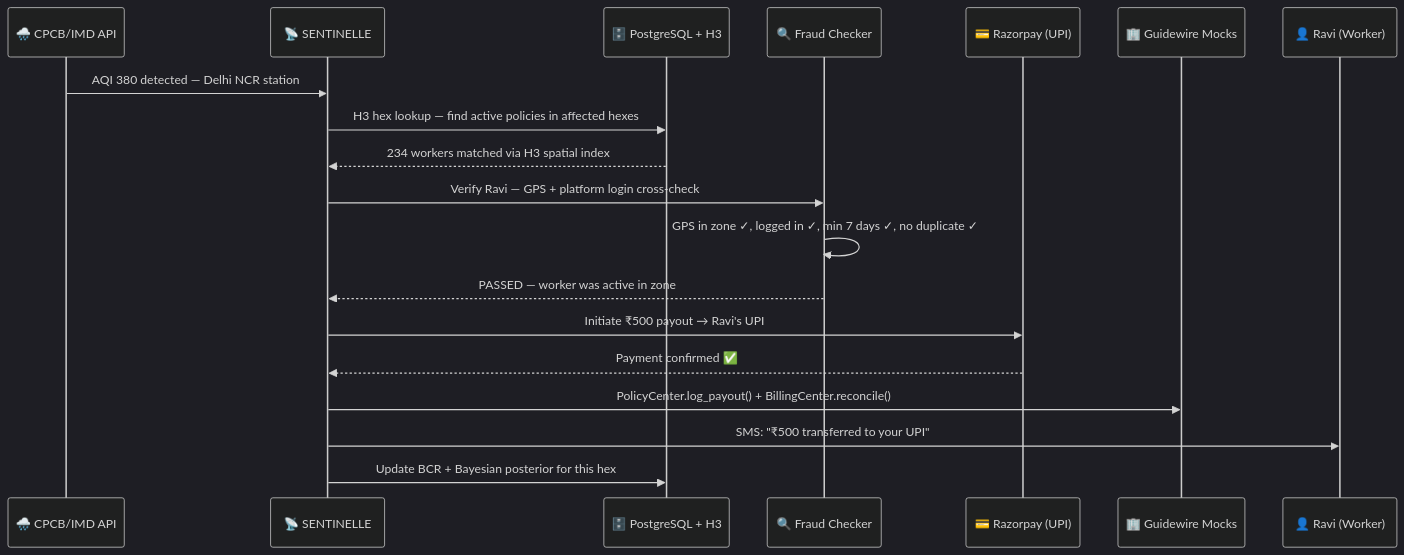
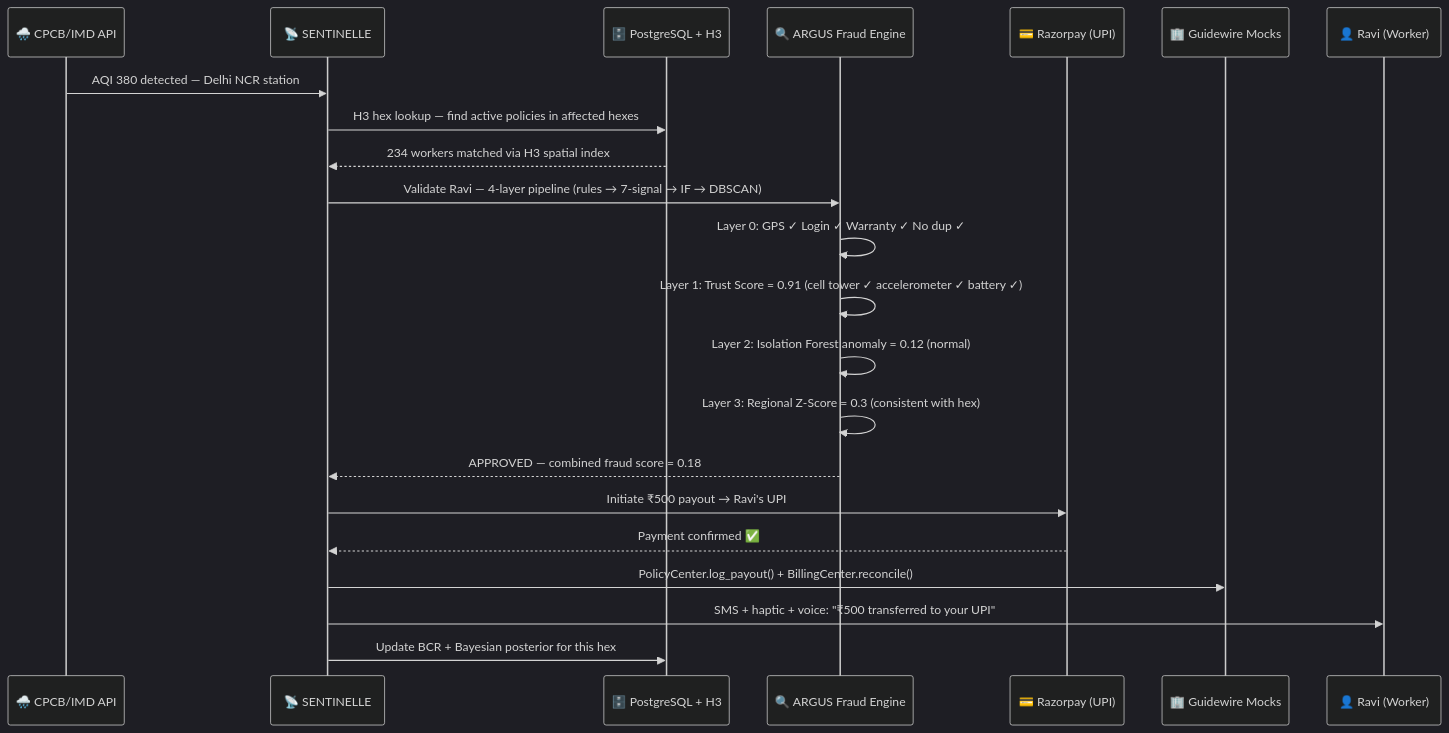
The fifth of 10 diagrams in README.md (lobezno16/gig-income-shield), drawn with Mermaid (dark theme) before and after one commit. The commit also changed other lines of this file, not shown here.

````diff
--- a/README.md
+++ b/README.md
@@ -545,22 +560,25 @@
 ```mermaid
 sequenceDiagram
     participant API as 🌧️ CPCB/IMD API
     participant K as 📡 SENTINELLE
     participant DB as 🗄️ PostgreSQL + H3
-    participant F as 🔍 Fraud Checker
+    participant F as 🔍 ARGUS Fraud Engine
     participant P as 💳 Razorpay (UPI)
     participant GW as 🏢 Guidewire Mocks
     participant W as 👤 Ravi (Worker)
 
     API->>K: AQI 380 detected — Delhi NCR station
     K->>DB: H3 hex lookup — find active policies in affected hexes
     DB-->>K: 234 workers matched via H3 spatial index
-    K->>F: Verify Ravi — GPS + platform login cross-check
-    F->>F: GPS in zone ✓, logged in ✓, min 7 days ✓, no duplicate ✓
-    F-->>K: PASSED — worker was active in zone
+    K->>F: Validate Ravi — 4-layer pipeline (rules → 7-signal → IF → DBSCAN)
+    F->>F: Layer 0: GPS ✓ Login ✓ Warranty ✓ No dup ✓
+    F->>F: Layer 1: Trust Score = 0.91 (cell tower ✓ accelerometer ✓ battery ✓)
+    F->>F: Layer 2: Isolation Forest anomaly = 0.12 (normal)
+    F->>F: Layer 3: Regional Z-Score = 0.3 (consistent with hex)
+    F-->>K: APPROVED — combined fraud score = 0.18
     K->>P: Initiate ₹500 payout → Ravi's UPI
     P-->>K: Payment confirmed ✅
     K->>GW: PolicyCenter.log_payout() + BillingCenter.reconcile()
-    K->>W: SMS: "₹500 transferred to your UPI"
+    K->>W: SMS + haptic + voice: "₹500 transferred to your UPI"
     K->>DB: Update BCR + Bayesian posterior for this hex
 ```
````
